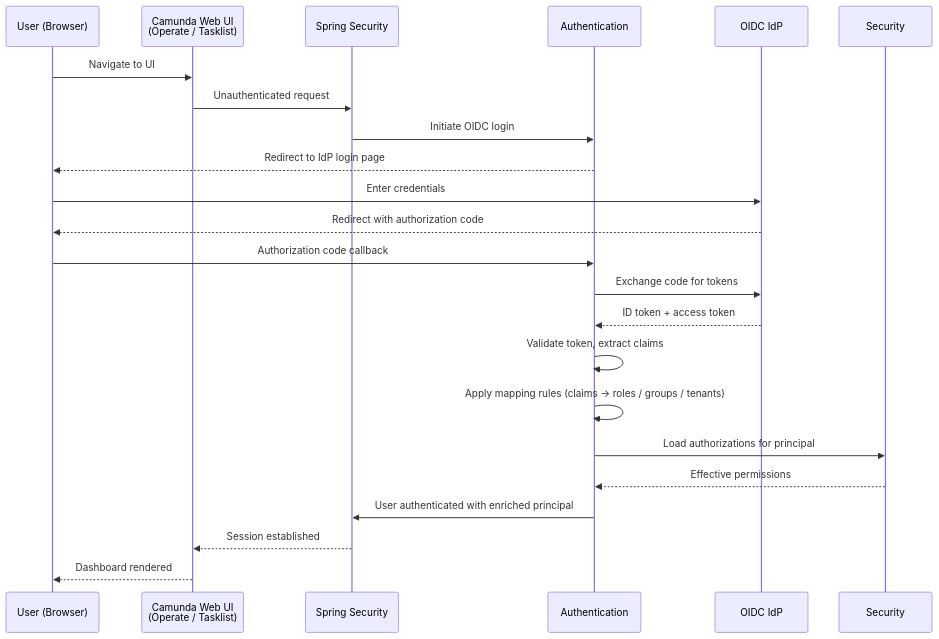
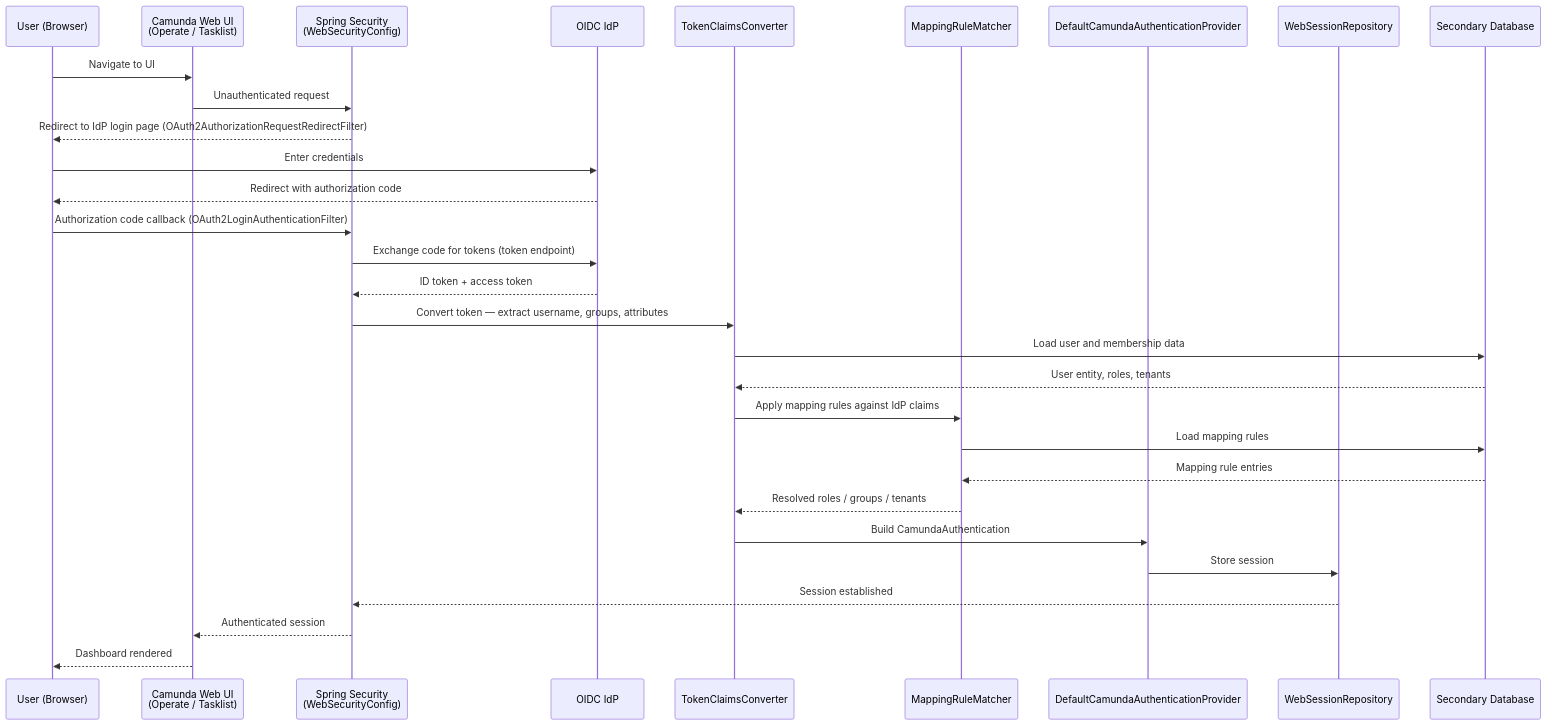
One commit to camunda/camunda changed the eighth of 13 diagrams in docs/identity/architecture-documentation.md. Above: the diagram before and after it, drawn with Mermaid. The commit also changed other lines of this file, not shown here.

Commit message:
docs: fix login/logout sequence diagrams and add class references to architecture diagrams

````diff
--- a/docs/identity/architecture-documentation.md
+++ b/docs/identity/architecture-documentation.md
@@ -429,26 +458,33 @@
 ```mermaid
 sequenceDiagram
   participant USER as User (Browser)
   participant UI as Camunda Web UI<br/>(Operate / Tasklist)
-  participant SS as Spring Security
-  participant AUTH as Authentication
+  participant SS as Spring Security<br/>(WebSecurityConfig)
   participant IDP as OIDC IdP
-  participant SECURITY as Security
+  participant CLAIMS as TokenClaimsConverter
+  participant MAPPING as MappingRuleMatcher
+  participant AUTHN_PROVIDER as DefaultCamundaAuthenticationProvider
+  participant SESSION as WebSessionRepository
+  participant SECONDARY_DB as Secondary Database
 
   USER->>UI: Navigate to UI
   UI->>SS: Unauthenticated request
-  SS->>AUTH: Initiate OIDC login
-  AUTH-->>USER: Redirect to IdP login page
+  SS-->>USER: Redirect to IdP login page (OAuth2AuthorizationRequestRedirectFilter)
   USER->>IDP: Enter credentials
   IDP-->>USER: Redirect with authorization code
-  USER->>AUTH: Authorization code callback
-  AUTH->>IDP: Exchange code for tokens
-  IDP-->>AUTH: ID token + access token
-  AUTH->>AUTH: Validate token, extract claims
-  AUTH->>AUTH: Apply mapping rules (claims → roles / groups / tenants)
-  AUTH->>SECURITY: Load authorizations for principal
-  SECURITY-->>AUTH: Effective permissions
-  AUTH->>SS: User authenticated with enriched principal
-  SS-->>UI: Session established
+  USER->>SS: Authorization code callback (OAuth2LoginAuthenticationFilter)
+  SS->>IDP: Exchange code for tokens (token endpoint)
+  IDP-->>SS: ID token + access token
+  SS->>CLAIMS: Convert token — extract username, groups, attributes
+  CLAIMS->>SECONDARY_DB: Load user and membership data
+  SECONDARY_DB-->>CLAIMS: User entity, roles, tenants
+  CLAIMS->>MAPPING: Apply mapping rules against IdP claims
+  MAPPING->>SECONDARY_DB: Load mapping rules
+  SECONDARY_DB-->>MAPPING: Mapping rule entries
+  MAPPING-->>CLAIMS: Resolved roles / groups / tenants
+  CLAIMS->>AUTHN_PROVIDER: Build CamundaAuthentication
+  AUTHN_PROVIDER->>SESSION: Store session
+  SESSION-->>SS: Session established
+  SS-->>UI: Authenticated session
   UI-->>USER: Dashboard rendered
 ```
````
